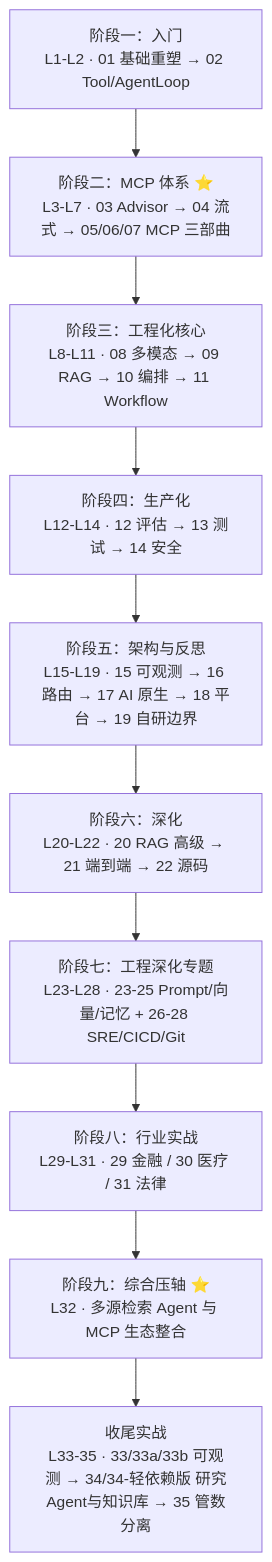
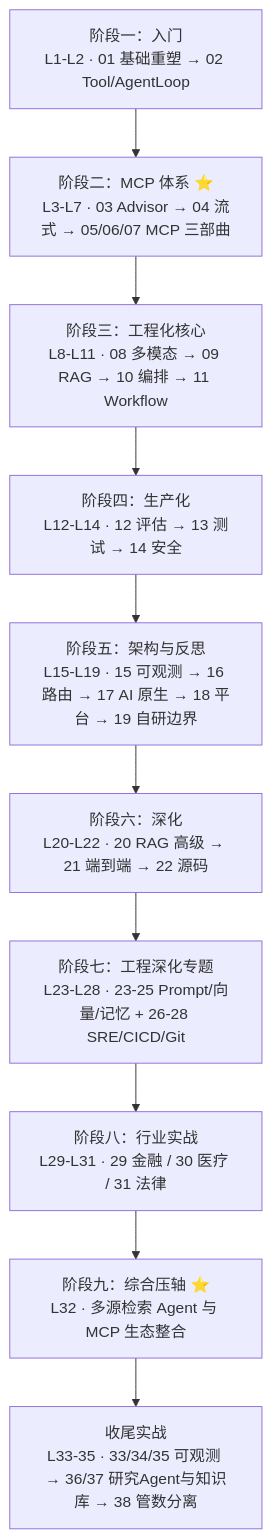
One commit to UranusGit/java-agent-learn changed the first of 5 diagrams in docs/教程/00-目录索引.md. Above: the diagram before and after it, drawn with Mermaid. The commit also changed other lines of this file and 9 other files, not shown here.

````diff
--- a/docs/教程/00-目录索引.md
+++ b/docs/教程/00-目录索引.md
@@ -35,14 +35,14 @@
 ```mermaid
 flowchart TD
     S1["阶段一：入门<br/>L1-L2 · 01 基础重塑 → 02 Tool/AgentLoop"]
     S2["阶段二：MCP 体系 ⭐<br/>L3-L7 · 03 Advisor → 04 流式 → 05/06/07 MCP 三部曲"]
     S3["阶段三：工程化核心<br/>L8-L11 · 08 多模态 → 09 RAG → 10 编排 → 11 Workflow"]
     S4["阶段四：生产化<br/>L12-L14 · 12 评估 → 13 测试 → 14 安全"]
     S5["阶段五：架构与反思<br/>L15-L19 · 15 可观测 → 16 路由 → 17 AI 原生 → 18 平台 → 19 自研边界"]
     S6["阶段六：深化<br/>L20-L22 · 20 RAG 高级 → 21 端到端 → 22 源码"]
     S7["阶段七：工程深化专题<br/>L23-L28 · 23-25 Prompt/向量/记忆 + 26-28 SRE/CICD/Git"]
     S8["阶段八：行业实战<br/>L29-L31 · 29 金融 / 30 医疗 / 31 法律"]
     S9["阶段九：综合压轴 ⭐<br/>L32 · 多源检索 Agent 与 MCP 生态整合"]
-    T1["收尾实战<br/>L33-35 · 33/33a/33b 可观测 → 34/34-轻依赖版 研究Agent与知识库 → 35 管数分离"]
+    T1["收尾实战<br/>L33-35 · 33/34/35 可观测 → 36/37 研究Agent与知识库 → 38 管数分离"]
     S1 --> S2 --> S3 --> S4 --> S5 --> S6 --> S7 --> S8 --> S9 --> T1
 ```
````
